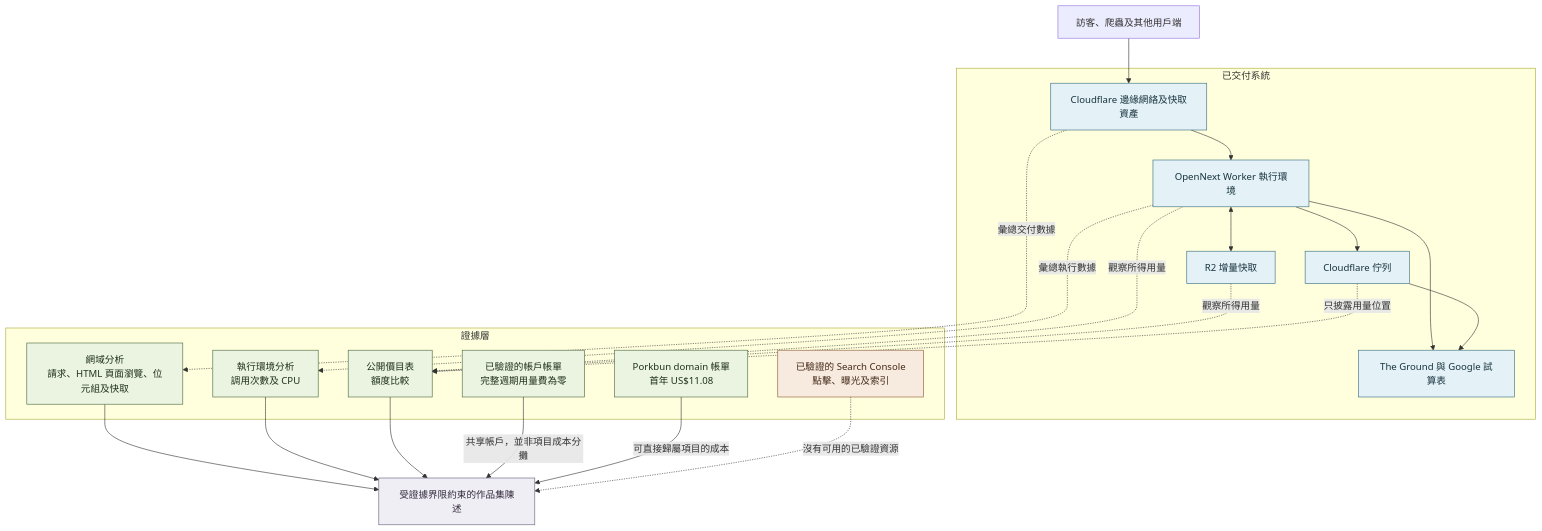
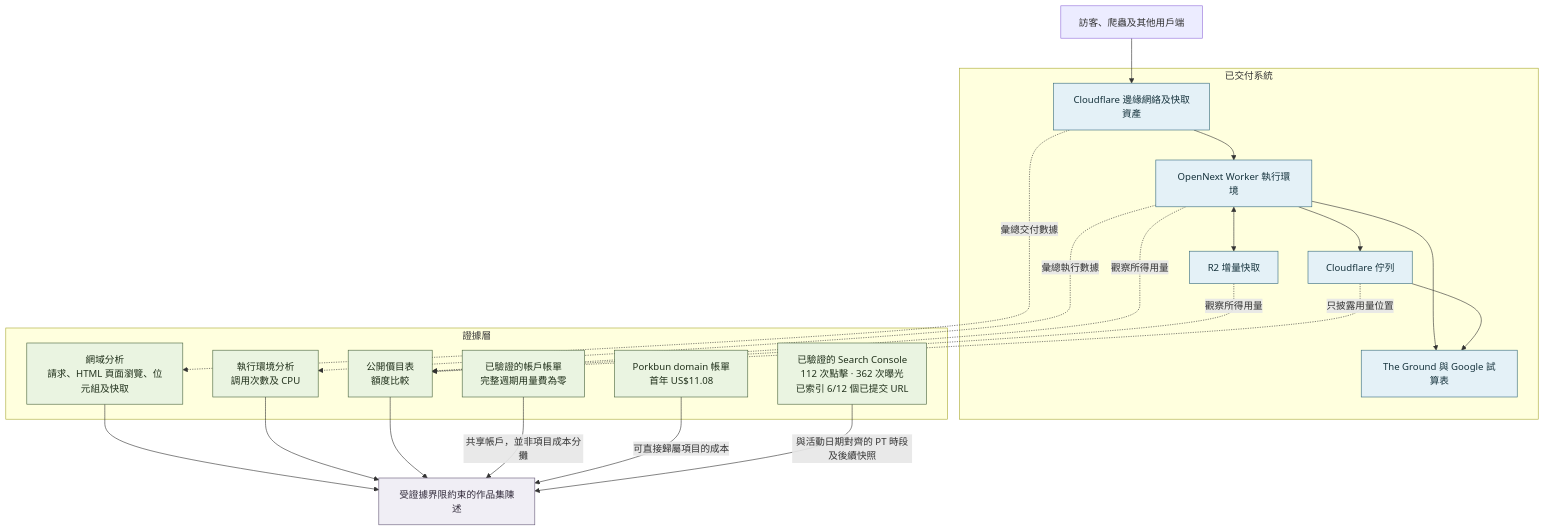
One commit to jackyngtf/wellness-village-event-platform changed the diagram in docs/diagrams/production-measurement-boundaries.zh-Hant.mmd. Above: the diagram before and after it, drawn with Mermaid. The commit also changed 12 other files, not shown here.

Commit message:
docs: add verified Search Console evidence

```diff
--- a/docs/diagrams/production-measurement-boundaries.zh-Hant.mmd
+++ b/docs/diagrams/production-measurement-boundaries.zh-Hant.mmd
@@ -1,50 +1,48 @@
 flowchart TB
     VISITOR[訪客、爬蟲及其他用戶端]
 
     subgraph DELIVERY[已交付系統]
         EDGE[Cloudflare 邊緣網絡及快取資產]
         WORKER[OpenNext Worker 執行環境]
         R2[R2 增量快取]
         QUEUE[Cloudflare 佇列]
         EXTERNAL[The Ground 與 Google 試算表]
     end
 
     subgraph EVIDENCE[證據層]
         ZONE_ANALYTICS[網域分析<br/>請求、HTML 頁面瀏覽、位元組及快取]
         WORKER_ANALYTICS[執行環境分析<br/>調用次數及 CPU]
         RATE_CARD[公開價目表<br/>額度比較]
         ACCOUNT_BILLING[已驗證的帳戶帳單<br/>完整週期用量費為零]
         DOMAIN_INVOICE[Porkbun domain 帳單<br/>首年 US$11.08]
-        SEARCH_CONSOLE[已驗證的 Search Console<br/>點擊、曝光及索引]
+        SEARCH_CONSOLE[已驗證的 Search Console<br/>112 次點擊 · 362 次曝光<br/>已索引 6/12 個已提交 URL]
     end
 
     PORTFOLIO[受證據界限約束的作品集陳述]
 
     VISITOR --> EDGE
     EDGE --> WORKER
     WORKER <--> R2
     WORKER --> QUEUE
     WORKER --> EXTERNAL
     QUEUE --> EXTERNAL
 
     EDGE -.->|彙總交付數據| ZONE_ANALYTICS
     WORKER -.->|彙總執行數據| WORKER_ANALYTICS
     WORKER -.->|觀察所得用量| RATE_CARD
     R2 -.->|觀察所得用量| RATE_CARD
     QUEUE -.->|只披露用量位置| RATE_CARD
 
     ZONE_ANALYTICS --> PORTFOLIO
     WORKER_ANALYTICS --> PORTFOLIO
     RATE_CARD --> PORTFOLIO
     ACCOUNT_BILLING -->|共享帳戶，並非項目成本分攤| PORTFOLIO
     DOMAIN_INVOICE -->|可直接歸屬項目的成本| PORTFOLIO
-    SEARCH_CONSOLE -.->|沒有可用的已驗證資源| PORTFOLIO
+    SEARCH_CONSOLE -->|與活動日期對齊的 PT 時段及後續快照| PORTFOLIO
 
     classDef observed fill:#eaf4e1,stroke:#48633c,color:#20301b
     classDef system fill:#e4f1f7,stroke:#356a7d,color:#16333d
-    classDef unavailable fill:#f7eadf,stroke:#8a5834,color:#442a18
     classDef conclusion fill:#f0eef5,stroke:#675b79,color:#312a3a
     class EDGE,WORKER,R2,QUEUE,EXTERNAL system
-    class ZONE_ANALYTICS,WORKER_ANALYTICS,RATE_CARD,ACCOUNT_BILLING,DOMAIN_INVOICE observed
-    class SEARCH_CONSOLE unavailable
+    class ZONE_ANALYTICS,WORKER_ANALYTICS,RATE_CARD,ACCOUNT_BILLING,DOMAIN_INVOICE,SEARCH_CONSOLE observed
     class PORTFOLIO conclusion
```
